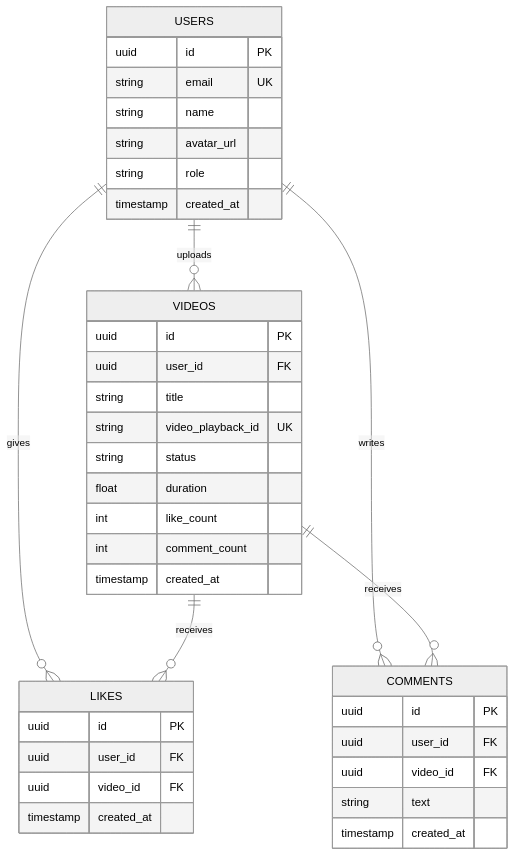
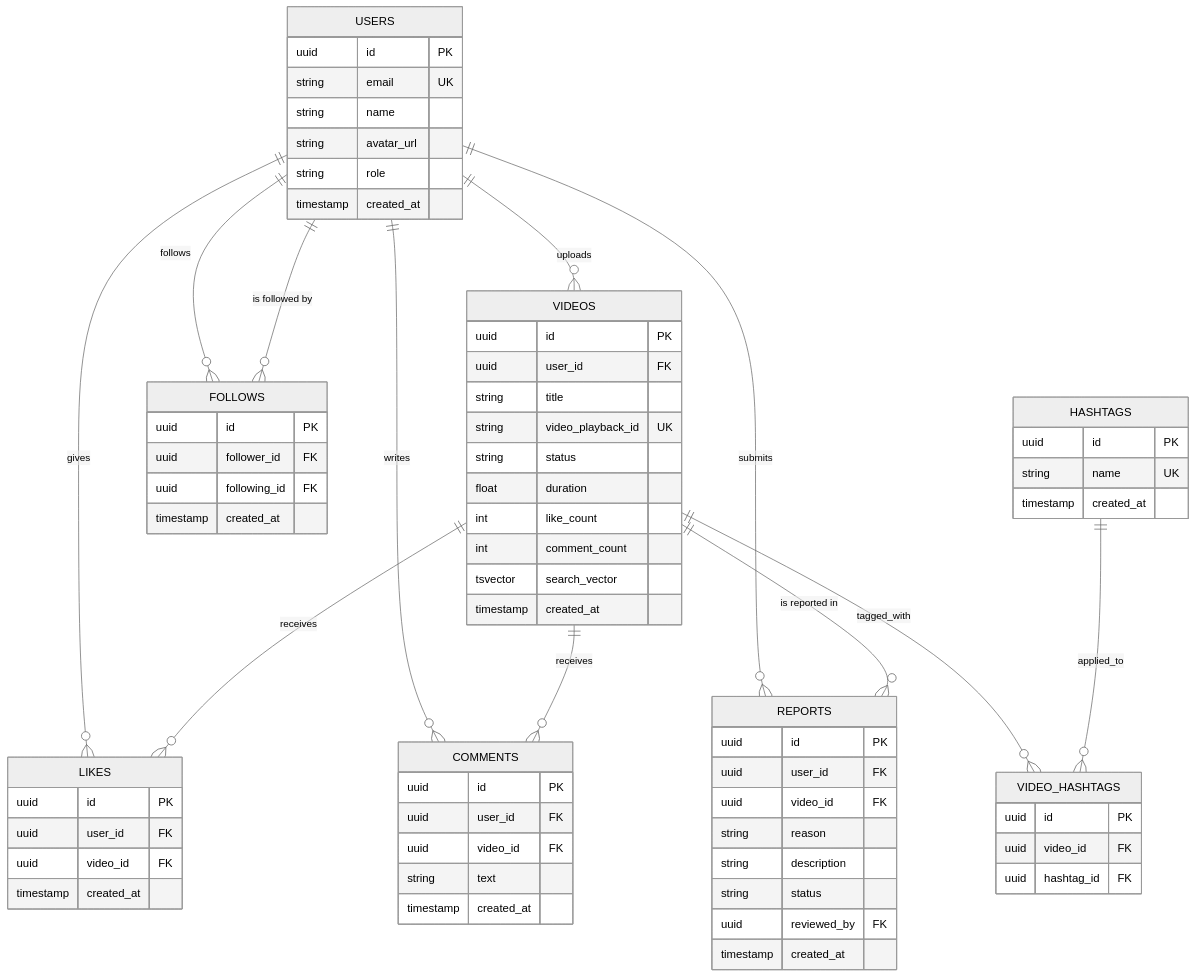
The seventh of 8 diagrams in specs/architecture.md (ShellyDCMS/DellClips), drawn with Mermaid (neutral theme) before and after one commit. The commit also changed other lines of this file and 3 other files, not shown here.

````diff
--- a/specs/architecture.md
+++ b/specs/architecture.md
@@ -512,44 +557,81 @@
 ```mermaid
 erDiagram
     USERS ||--o{ VIDEOS : uploads
     USERS ||--o{ LIKES : gives
     USERS ||--o{ COMMENTS : writes
+    USERS ||--o{ REPORTS : submits
+    USERS ||--o{ FOLLOWS : follows
+    USERS ||--o{ FOLLOWS : "is followed by"
     VIDEOS ||--o{ LIKES : receives
     VIDEOS ||--o{ COMMENTS : receives
+    VIDEOS ||--o{ REPORTS : "is reported in"
+    VIDEOS ||--o{ VIDEO_HASHTAGS : tagged_with
+    HASHTAGS ||--o{ VIDEO_HASHTAGS : applied_to
 
     USERS {
         uuid id PK
         string email UK
         string name
         string avatar_url
         string role
         timestamp created_at
     }
 
     VIDEOS {
         uuid id PK
         uuid user_id FK
         string title
         string video_playback_id UK
         string status
         float duration
         int like_count
         int comment_count
+        tsvector search_vector
         timestamp created_at
     }
 
     LIKES {
         uuid id PK
         uuid user_id FK
         uuid video_id FK
         timestamp created_at
     }
 
     COMMENTS {
         uuid id PK
         uuid user_id FK
         uuid video_id FK
         string text
         timestamp created_at
     }
+
+    REPORTS {
+        uuid id PK
+        uuid user_id FK
+        uuid video_id FK
+        string reason
+        string description
+        string status
+        uuid reviewed_by FK
+        timestamp created_at
+    }
+
+    FOLLOWS {
+        uuid id PK
+        uuid follower_id FK
+        uuid following_id FK
+        timestamp created_at
+    }
+
+    HASHTAGS {
+        uuid id PK
+        string name UK
+        timestamp created_at
+    }
+
+    VIDEO_HASHTAGS {
+        uuid id PK
+        uuid video_id FK
+        uuid hashtag_id FK
+    }
 ```
````
